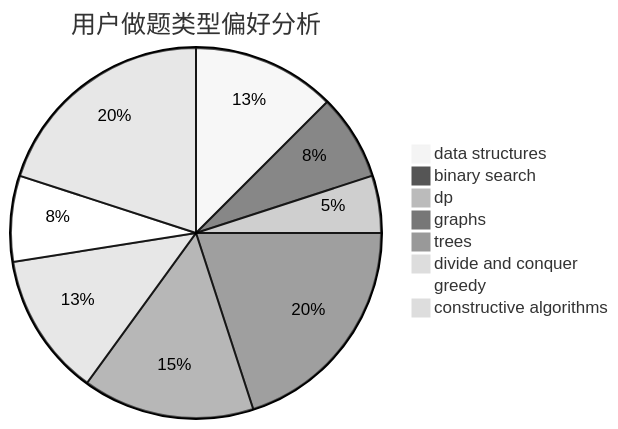
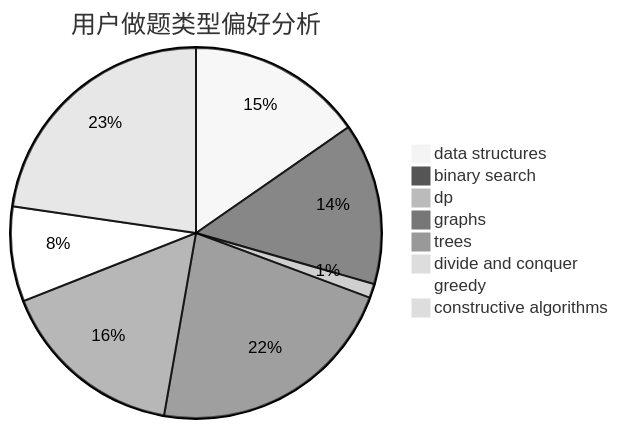
Before and after one commit to sherpahu/cfrs.github.io: the second of 3 diagrams in docs/user/u337.md, drawn with Mermaid (neutral theme). The commit also changed other lines of this file and 2770 other files, not shown here.

````diff
--- a/docs/user/u337.md
+++ b/docs/user/u337.md
@@ -23,11 +23,11 @@
 ```mermaid
 pie title 用户做题类型偏好分析
-    "data structures" :  5
-    "binary search" :  3
-    "dp" :  2
-    "graphs" :  8
-    "trees" :  6
-    "divide and conquer" :  5
-    "greedy" :  3
-    "constructive algorithms" :  8
+    "data structures" :  50
+    "binary search" :  46
+    "dp" :  4
+    "graphs" :  72
+    "trees" :  53
+    "divide and conquer" :  0
+    "greedy" :  27
+    "constructive algorithms" :  74
 ```
````
